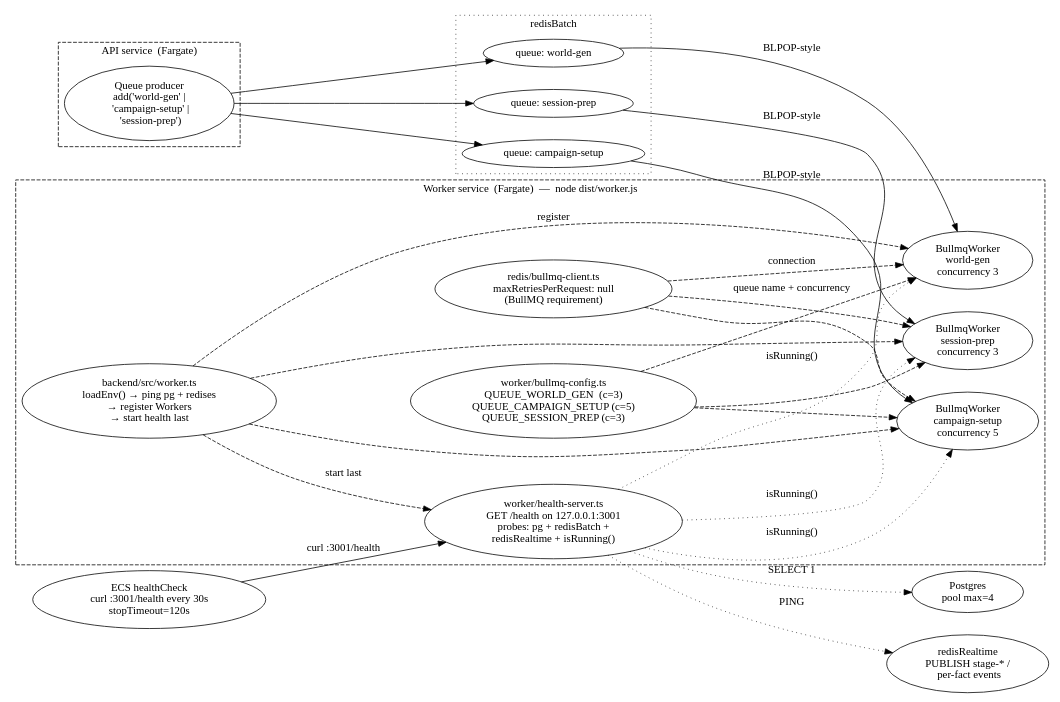
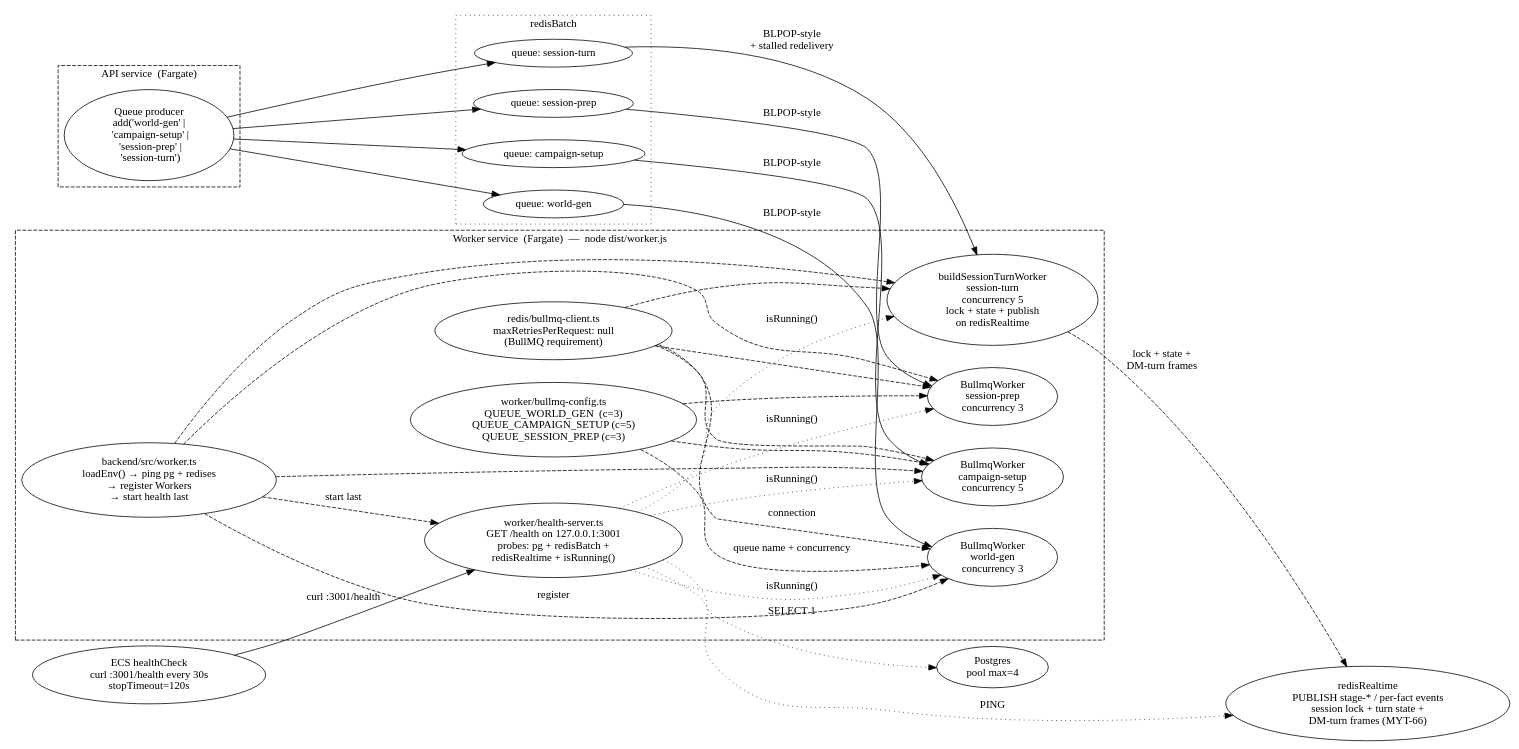
The diagram in docs/wiki/diagrams/runtime/worker.dot (mythrun/mythrun), drawn with Graphviz before and after one commit. The commit also changed 27 other files, not shown here.

```diff
--- a/docs/wiki/diagrams/runtime/worker.dot
+++ b/docs/wiki/diagrams/runtime/worker.dot
@@ -1,77 +1,89 @@
 digraph worker {
   // The worker. A second ECS Fargate service that runs node dist/worker.js
-  // and pulls jobs from three BullMQ queues on redisBatch. Health server on
+  // and pulls jobs from four BullMQ queues on redisBatch. Health server on
   // 127.0.0.1:3001 is what ECS probes. Real prep-stage processors land across
-  // MYT-51 onward; session-prep (MYT-61) is the third queue/worker.
+  // MYT-51 onward; session-prep (MYT-61) is the third queue/worker; the
+  // session-turn worker (MYT-66) is the fourth — the lock-fenced DM-turn
+  // conductor that also reads/writes redisRealtime (lock + state + publish).
   rankdir=LR;
   compound=true;
   nodesep=0.4;
   ranksep=0.7;
 
   subgraph cluster_api {
     label="API service  (Fargate)";
     style="dashed";
     color="ember";
     fontcolor="ember";
 
-    queue_producer [label="Queue producer\nadd('world-gen' |\n  'campaign-setup' |\n  'session-prep')"];
+    queue_producer [label="Queue producer\nadd('world-gen' |\n  'campaign-setup' |\n  'session-prep' |\n  'session-turn')"];
   }
 
   subgraph cluster_redis {
     label="redisBatch";
     style="dotted";
 
     q_world    [label="queue: world-gen"];
     q_campaign [label="queue: campaign-setup"];
     q_prep     [label="queue: session-prep"];
+    q_turn     [label="queue: session-turn", color="ember", fontcolor="ember"];
   }
 
   subgraph cluster_worker {
     label="Worker service  (Fargate)  —  node dist/worker.js";
     style="dashed";
     color="ember";
     fontcolor="ember";
 
     entry      [label="backend/src/worker.ts\nloadEnv() → ping pg + redises\n→ register Workers\n→ start health last", color="ember", fontcolor="ember"];
     cfg        [label="worker/bullmq-config.ts\nQUEUE_WORLD_GEN  (c=3)\nQUEUE_CAMPAIGN_SETUP (c=5)\nQUEUE_SESSION_PREP (c=3)"];
     w_world    [label="BullmqWorker\nworld-gen\nconcurrency 3"];
     w_camp     [label="BullmqWorker\ncampaign-setup\nconcurrency 5"];
     w_prep     [label="BullmqWorker\nsession-prep\nconcurrency 3", color="ember", fontcolor="ember"];
+    w_turn     [label="buildSessionTurnWorker\nsession-turn\nconcurrency 5\nlock + state + publish\non redisRealtime", color="ember", fontcolor="ember"];
     health     [label="worker/health-server.ts\nGET /health on 127.0.0.1:3001\nprobes: pg + redisBatch +\nredisRealtime + isRunning()"];
     bullmq_redis [label="redis/bullmq-client.ts\nmaxRetriesPerRequest: null\n(BullMQ requirement)"];
   }
 
   ecs   [label="ECS healthCheck\ncurl :3001/health every 30s\nstopTimeout=120s"];
   pg    [label="Postgres\npool max=4"];
-  realtime [label="redisRealtime\nPUBLISH stage-* /\n  per-fact events"];
+  realtime [label="redisRealtime\nPUBLISH stage-* / per-fact events\nsession lock + turn state +\nDM-turn frames (MYT-66)"];
 
   // API enqueues
   queue_producer -> q_world;
   queue_producer -> q_campaign;
   queue_producer -> q_prep;
+  queue_producer -> q_turn;
 
   // Worker consumes
   q_world    -> w_world  [label="BLPOP-style"];
   q_campaign -> w_camp   [label="BLPOP-style"];
   q_prep     -> w_prep   [label="BLPOP-style"];
+  q_turn     -> w_turn   [label="BLPOP-style\n+ stalled redelivery", color="ember"];
 
   // Worker shape
   cfg     -> w_world  [style=dashed, label="queue name + concurrency"];
   cfg     -> w_camp   [style=dashed];
   cfg     -> w_prep   [style=dashed];
   entry   -> w_world  [style=dashed, label="register"];
   entry   -> w_camp   [style=dashed];
   entry   -> w_prep   [style=dashed];
+  entry   -> w_turn   [style=dashed];
   bullmq_redis -> w_world [style=dashed, label="connection"];
   bullmq_redis -> w_camp  [style=dashed];
   bullmq_redis -> w_prep  [style=dashed];
+  bullmq_redis -> w_turn  [style=dashed];
+
+  // Turn worker also drives redisRealtime (lock + state + frame publish)
+  w_turn -> realtime [style=dashed, label="lock + state +\nDM-turn frames", color="ember"];
 
   // Health + ECS probe
   entry  -> health [style=dashed, label="start last"];
   ecs    -> health [label="curl :3001/health"];
   health -> pg          [label="SELECT 1", style=dotted];
   health -> w_world     [label="isRunning()", style=dotted];
   health -> w_camp      [label="isRunning()", style=dotted];
   health -> w_prep      [label="isRunning()", style=dotted];
+  health -> w_turn      [label="isRunning()", style=dotted];
   health -> realtime    [label="PING", style=dotted];
 }
```
